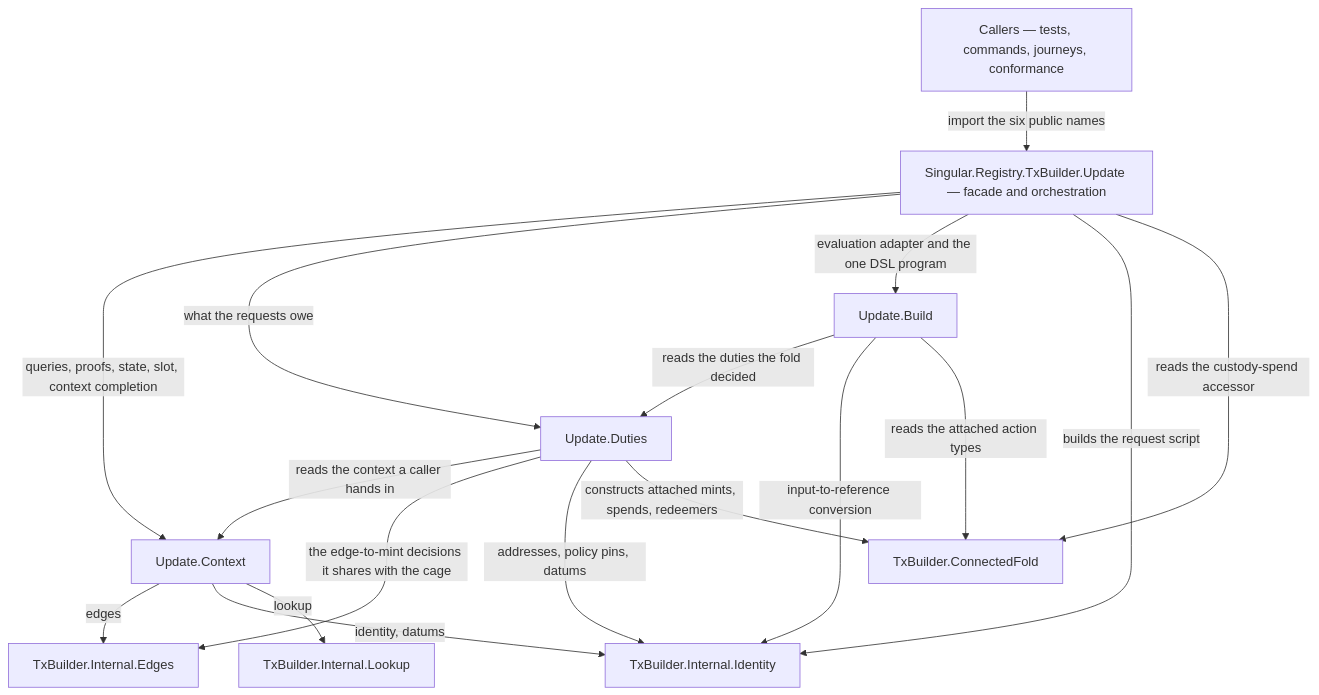
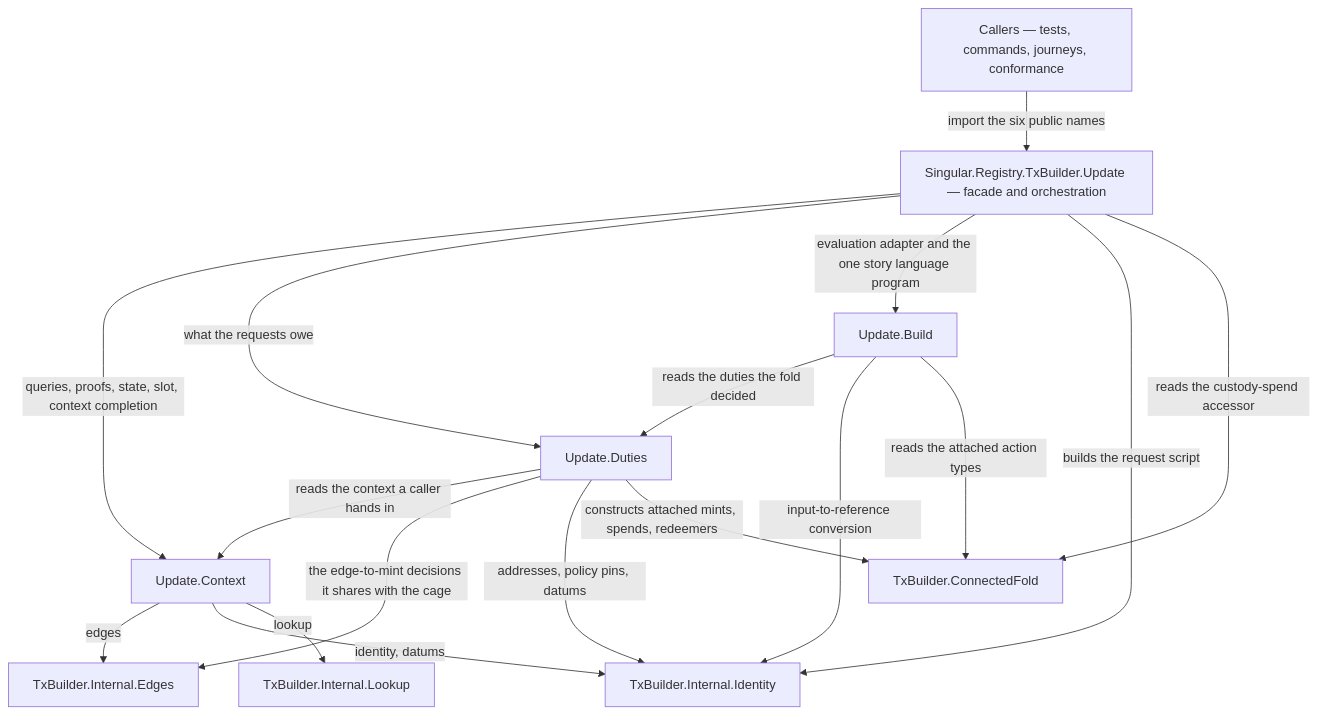
The first of 2 diagrams in docs/offchain-fold-responsibilities.md (lambdasistemi/singular), drawn with Mermaid before and after one commit. The commit also changed other lines of this file and 497 other files, not shown here.

````diff
--- a/docs/offchain-fold-responsibilities.md
+++ b/docs/offchain-fold-responsibilities.md
@@ -58,19 +58,19 @@
 ```mermaid
 flowchart TD
     Callers[Callers — tests, commands, journeys, conformance] -->|import the six public names| U[Singular.Registry.TxBuilder.Update — facade and orchestration]
     U -->|queries, proofs, state, slot, context completion| C[Update.Context]
     U -->|what the requests owe| D[Update.Duties]
-    U -->|evaluation adapter and the one DSL program| B[Update.Build]
+    U -->|evaluation adapter and the one story language program| B[Update.Build]
     D -->|reads the context a caller hands in| C
     B -->|reads the duties the fold decided| D
     C -->|edges| IE[TxBuilder.Internal.Edges]
     C -->|identity, datums| II[TxBuilder.Internal.Identity]
     C -->|lookup| IL[TxBuilder.Internal.Lookup]
     D -->|the edge-to-mint decisions it shares with the cage| IE
     D -->|addresses, policy pins, datums| II
     D -->|constructs attached mints, spends, redeemers| CF[TxBuilder.ConnectedFold]
     B -->|input-to-reference conversion| II
     B -->|reads the attached action types| CF
     U -->|builds the request script| II
     U -->|reads the custody-spend accessor| CF
 ```
````
